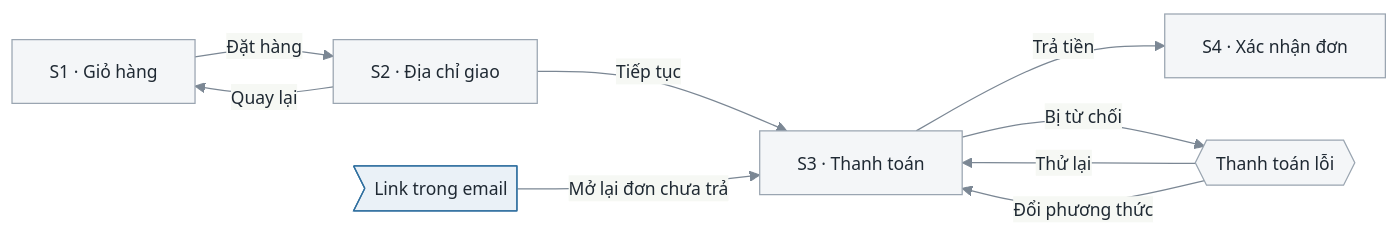
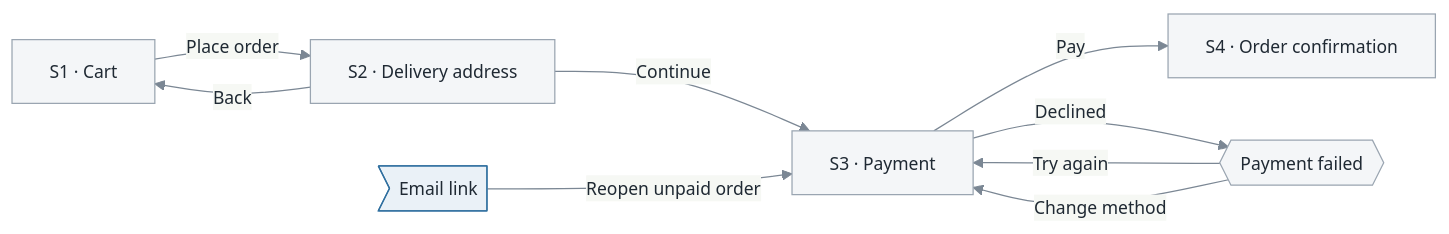
The diagram in references/4.5-ui-design.md (edwintruong/skills), drawn with Mermaid before and after one commit. The commit also changed other lines of this file and 25 other files, not shown here.

````diff
--- a/references/4.5-ui-design.md
+++ b/references/4.5-ui-design.md
@@ -38,21 +38,21 @@
 ```mermaid
 %%{init: {'theme':'base','themeVariables':{'primaryColor':'#f4f6f8','primaryTextColor':'#1f2933','primaryBorderColor':'#9aa5b1','lineColor':'#7b8794','fontFamily':'ui-sans-serif, system-ui, sans-serif','fontSize':'14px'}}}%%
 flowchart LR
-    mail>Link trong email]:::entry
-    cart[S1 · Giỏ hàng]
-    addr[S2 · Địa chỉ giao]
-    pay[S3 · Thanh toán]
-    conf[S4 · Xác nhận đơn]
-    fail{{Thanh toán lỗi}}
+    mail>Email link]:::entry
+    cart[S1 · Cart]
+    addr[S2 · Delivery address]
+    pay[S3 · Payment]
+    conf[S4 · Order confirmation]
+    fail{{Payment failed}}
 
-    cart -->|Đặt hàng| addr
-    addr -->|Tiếp tục| pay
-    addr -->|Quay lại| cart
-    pay -->|Trả tiền| conf
-    pay -->|Bị từ chối| fail
-    fail -->|Thử lại| pay
-    fail -->|Đổi phương thức| pay
-    mail -->|Mở lại đơn chưa trả| pay
+    cart -->|Place order| addr
+    addr -->|Continue| pay
+    addr -->|Back| cart
+    pay -->|Pay| conf
+    pay -->|Declined| fail
+    fail -->|Try again| pay
+    fail -->|Change method| pay
+    mail -->|Reopen unpaid order| pay
 
     classDef entry fill:#eaf1f7,stroke:#2f6f9f;
 ```
````
